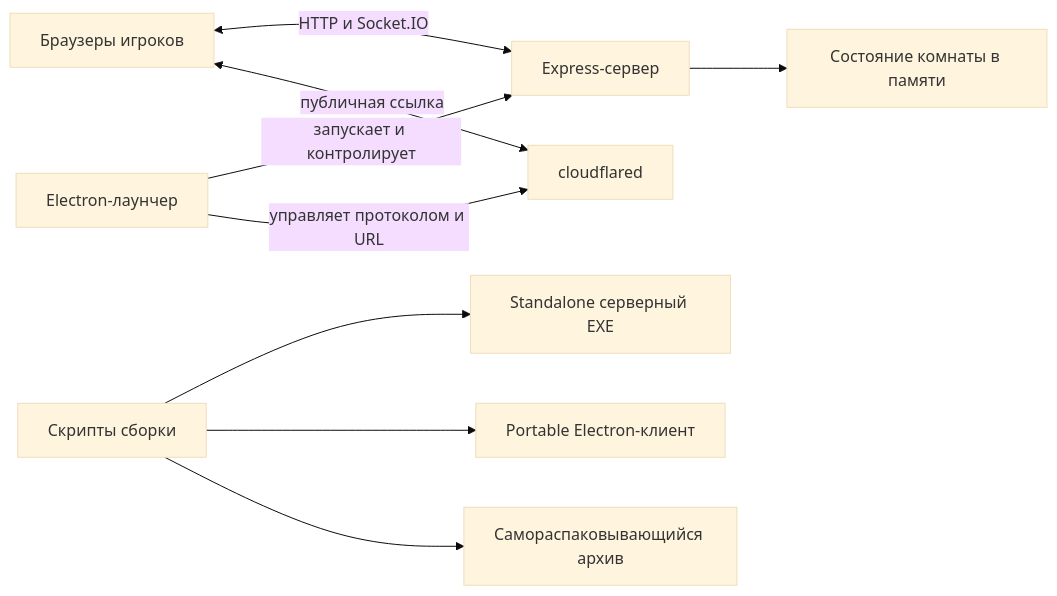
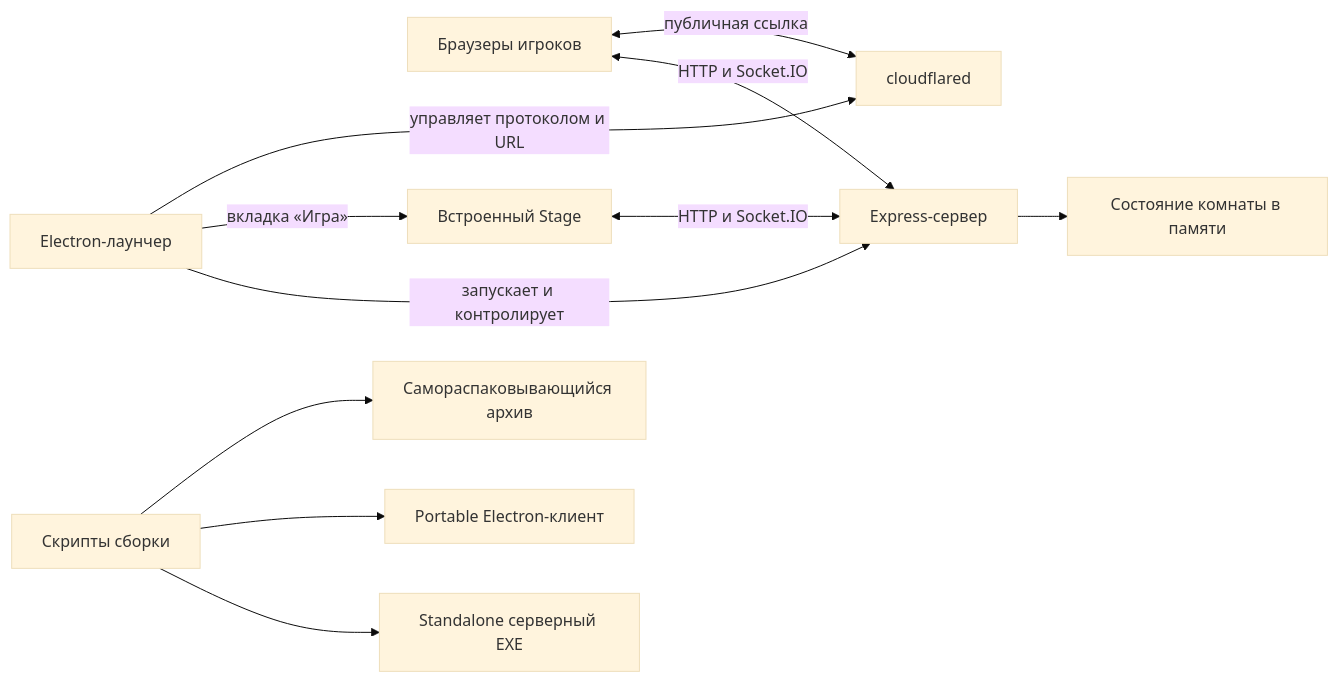
The diagram in docs/architecture.md (dartomosr/HomeAuction), drawn with Mermaid (base theme) before and after one commit. The commit also changed other lines of this file and 25 other files, not shown here.

````diff
--- a/docs/architecture.md
+++ b/docs/architecture.md
@@ -7,11 +7,13 @@
 ```mermaid
 flowchart LR
   Browser[Браузеры игроков] <-->|HTTP и Socket.IO| Server[Express-сервер]
   Server --> State[Состояние комнаты в памяти]
   Electron[Electron-лаунчер] -->|запускает и контролирует| Server
+  Electron -->|вкладка «Игра»| Stage[Встроенный Stage]
+  Stage <-->|HTTP и Socket.IO| Server
   Electron -->|управляет протоколом и URL| Tunnel[cloudflared]
   Browser <-->|публичная ссылка| Tunnel
   Build[Скрипты сборки] --> ServerExe[Standalone серверный EXE]
   Build --> Portable[Portable Electron-клиент]
   Build --> SFX[Самораспаковывающийся архив]
 ```
````
